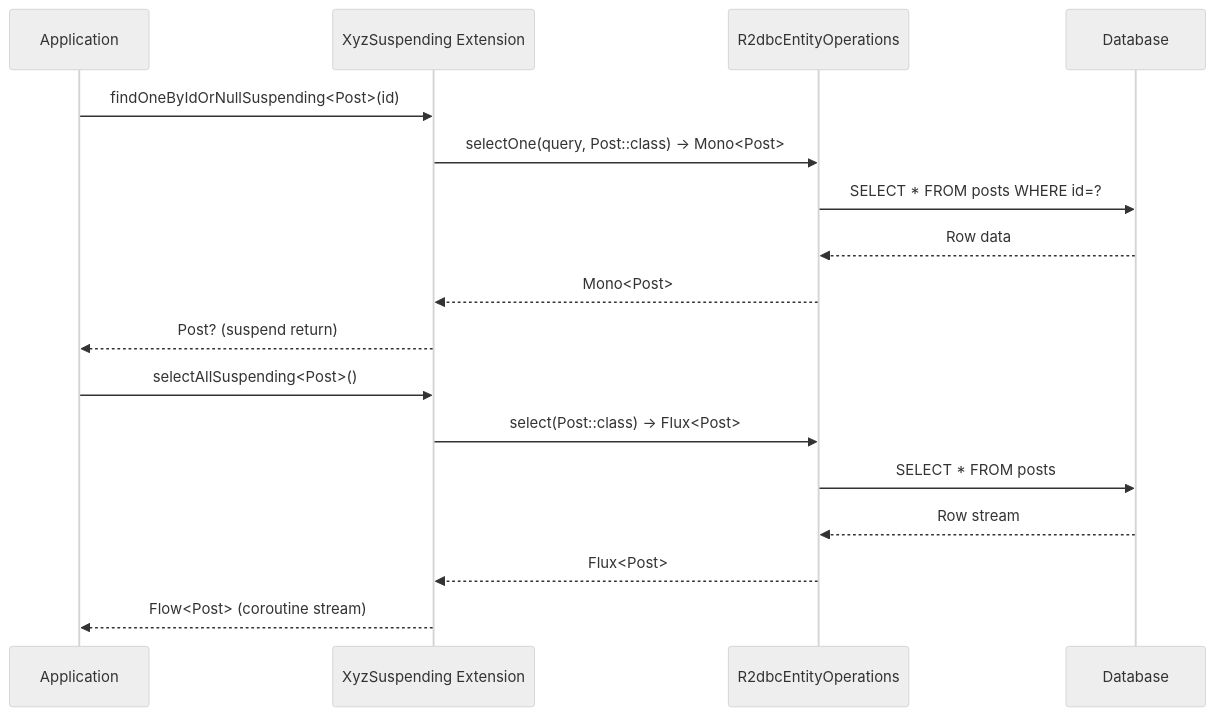
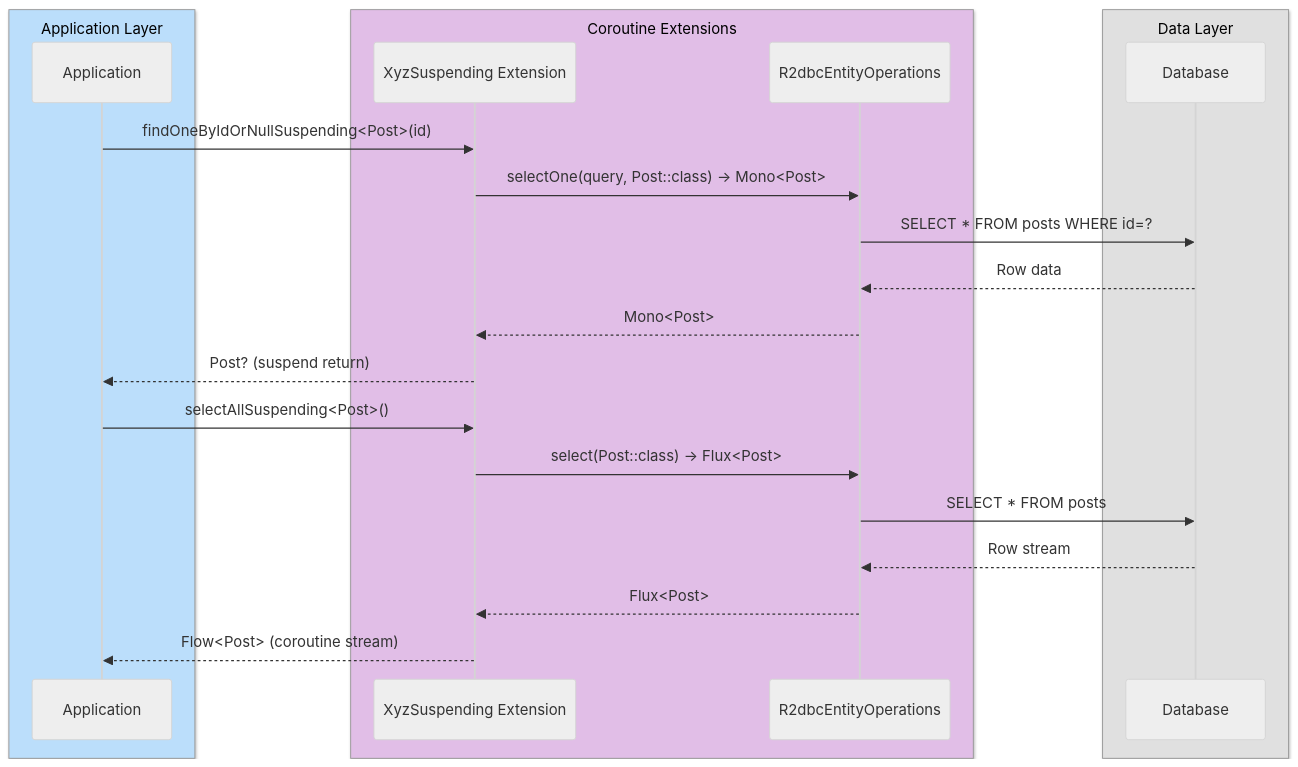
The fourth of 4 diagrams in spring-boot3/r2dbc/README.md (bluetape4k/bluetape4k-projects), drawn with Mermaid (neutral theme) before and after one commit. The commit also changed other lines of this file and 221 other files, not shown here.

First line of the commit message:
docs: 전체 모듈 README UML 다이어그램 보강 및 색상 업그레이드

````diff
--- a/spring-boot3/r2dbc/README.md
+++ b/spring-boot3/r2dbc/README.md
@@ -388,21 +419,27 @@
 ```mermaid
 sequenceDiagram
-    participant App as Application
-    participant Ext as XyzSuspending Extension
-    participant Ops as R2dbcEntityOperations
-    participant DB as Database
+    box rgb(187,222,251) Application Layer
+        participant App as Application
+    end
+    box rgb(225,190,231) Coroutine Extensions
+        participant Ext as XyzSuspending Extension
+        participant Ops as R2dbcEntityOperations
+    end
+    box rgb(224,224,224) Data Layer
+        participant DB as Database
+    end
 
     App->>Ext: findOneByIdOrNullSuspending<Post>(id)
     Ext->>Ops: selectOne(query, Post::class) → Mono<Post>
     Ops->>DB: SELECT * FROM posts WHERE id=?
     DB-->>Ops: Row data
     Ops-->>Ext: Mono<Post>
     Ext-->>App: Post? (suspend return)
 
     App->>Ext: selectAllSuspending<Post>()
     Ext->>Ops: select(Post::class) → Flux<Post>
     Ops->>DB: SELECT * FROM posts
     DB-->>Ops: Row stream
     Ops-->>Ext: Flux<Post>
     Ext-->>App: Flow<Post> (coroutine stream)
 ```
````
